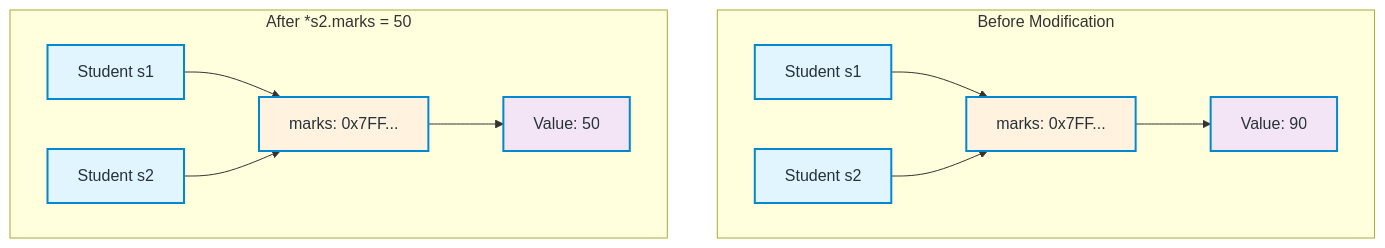
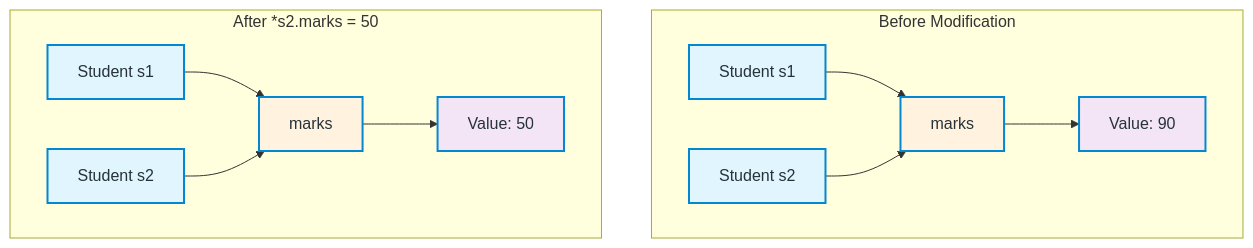
The first of 3 diagrams in OOPS/ShallowCopy/Shallow_Copy.md (joyandrew-github/DSA_CPP), drawn with Mermaid before and after one commit. The commit also changed 8 other files, not shown here.

````diff
--- a/OOPS/ShallowCopy/Shallow_Copy.md
+++ b/OOPS/ShallowCopy/Shallow_Copy.md
@@ -24,22 +24,22 @@
 ```mermaid
 graph TD
     subgraph "Before Modification"
-        S1[Student s1] --> M1[marks: 0x7FF...]
+        S1[Student s1] --> M1[marks]
         S2[Student s2] --> M1
         M1 --> VAL1[Value: 90]
     end
     
     subgraph "After *s2.marks = 50"
-        S1A[Student s1] --> M1A[marks: 0x7FF...]
+        S1A[Student s1] --> M1A[marks]
         S2A[Student s2] --> M1A
         M1A --> VAL2[Value: 50]
     end
     
     classDef obj fill:#E1F5FE,color:#263238,stroke:#0288D1,stroke-width:2px
     classDef ptr fill:#FFF3E0,color:#263238,stroke:#0288D1,stroke-width:2px
     classDef val fill:#F3E5F5,color:#263238,stroke:#0288D1,stroke-width:2px
     
     class S1,S2,S1A,S2A obj
     class M1,M1A ptr
     class VAL1,VAL2 val
 ```
````
